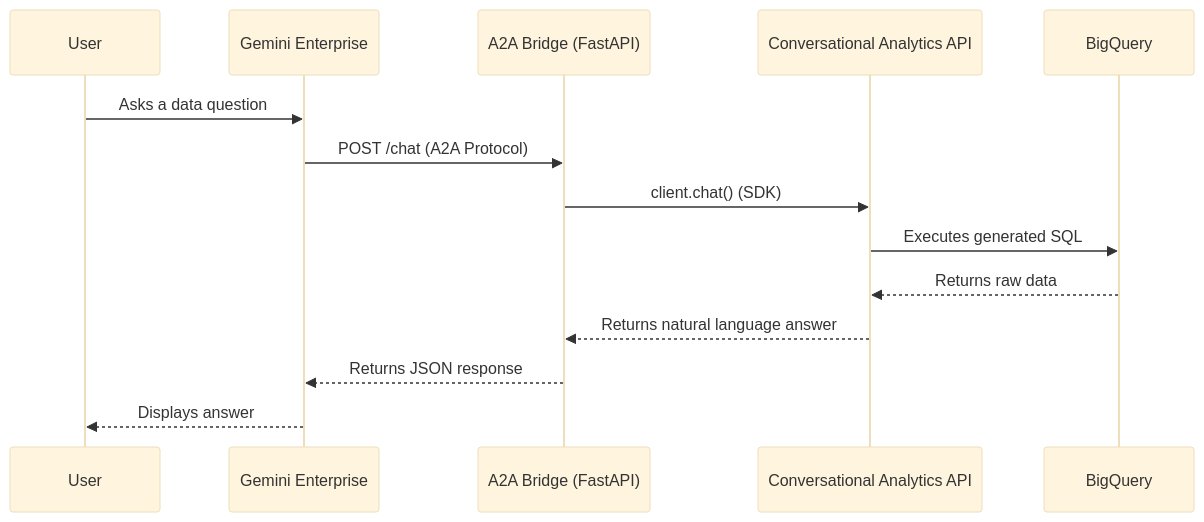
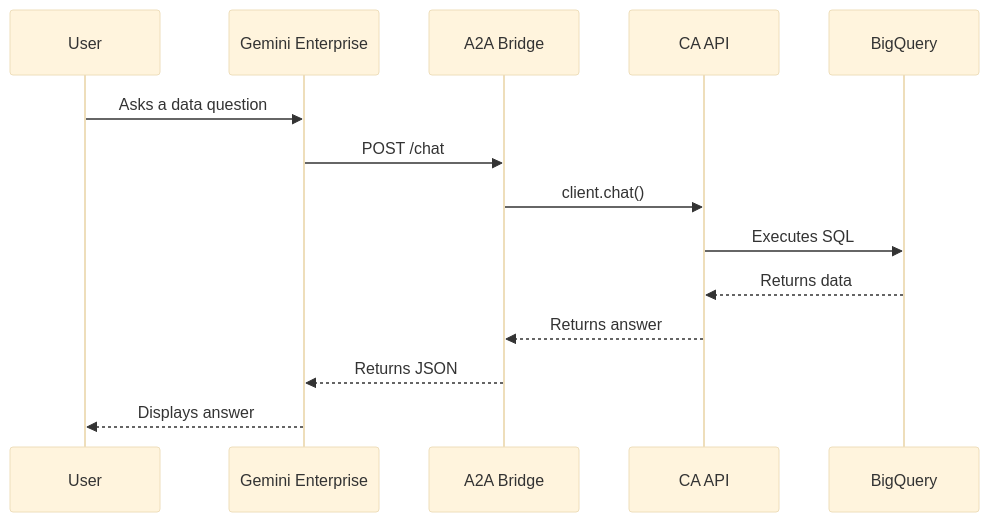
Before and after one commit to johanesalxd/random-stuff: the diagram in bq_caapi_ge/README.md, drawn with Mermaid (base theme).

Commit message:
docs: fix mermaid diagram syntax in README

````diff
--- a/bq_caapi_ge/README.md
+++ b/bq_caapi_ge/README.md
@@ -9,17 +9,17 @@
 ```mermaid
 sequenceDiagram
     participant User
     participant GE as Gemini Enterprise
-    participant Bridge as A2A Bridge (FastAPI)
-    participant CA as Conversational Analytics API
+    participant Bridge as A2A Bridge
+    participant CA as CA API
     participant BQ as BigQuery
 
     User->>GE: Asks a data question
-    GE->>Bridge: POST /chat (A2A Protocol)
-    Bridge->>CA: client.chat() (SDK)
-    CA->>BQ: Executes generated SQL
-    BQ-->>CA: Returns raw data
-    CA-->>Bridge: Returns natural language answer
-    Bridge-->>GE: Returns JSON response
+    GE->>Bridge: POST /chat
+    Bridge->>CA: client.chat()
+    CA->>BQ: Executes SQL
+    BQ-->>CA: Returns data
+    CA-->>Bridge: Returns answer
+    Bridge-->>GE: Returns JSON
     GE-->>User: Displays answer
 ```
````
